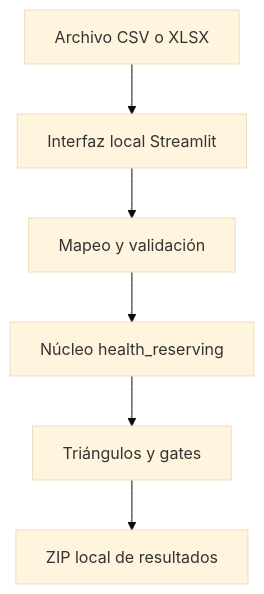
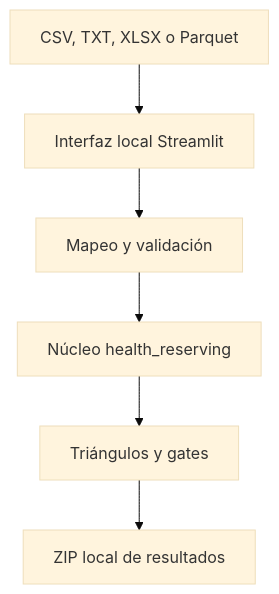
The diagram in docs/examples/05-demo-datos-propios-triangulos-actuariales.md (jaforero/health-insurance-reserving-handbook), drawn with Mermaid (base theme) before and after one commit. The commit also changed other lines of this file and 11 other files, not shown here.

Commit message:
feat: add TXT and Parquet support to Demo 5

````diff
--- a/docs/examples/05-demo-datos-propios-triangulos-actuariales.md
+++ b/docs/examples/05-demo-datos-propios-triangulos-actuariales.md
@@ -65,8 +66,8 @@
 ```mermaid
 flowchart TD
-    A["Archivo CSV o XLSX"] --> B["Interfaz local Streamlit"]
+    A["CSV, TXT, XLSX o Parquet"] --> B["Interfaz local Streamlit"]
     B --> C["Mapeo y validación"]
     C --> D["Núcleo health_reserving"]
     D --> E["Triángulos y gates"]
     E --> F["ZIP local de resultados"]
 ```
````
